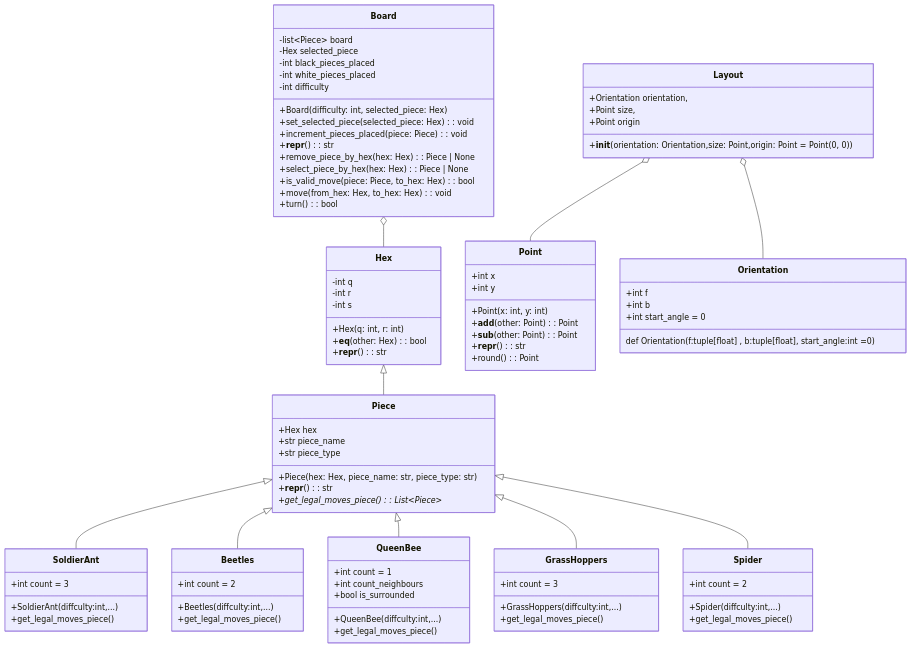
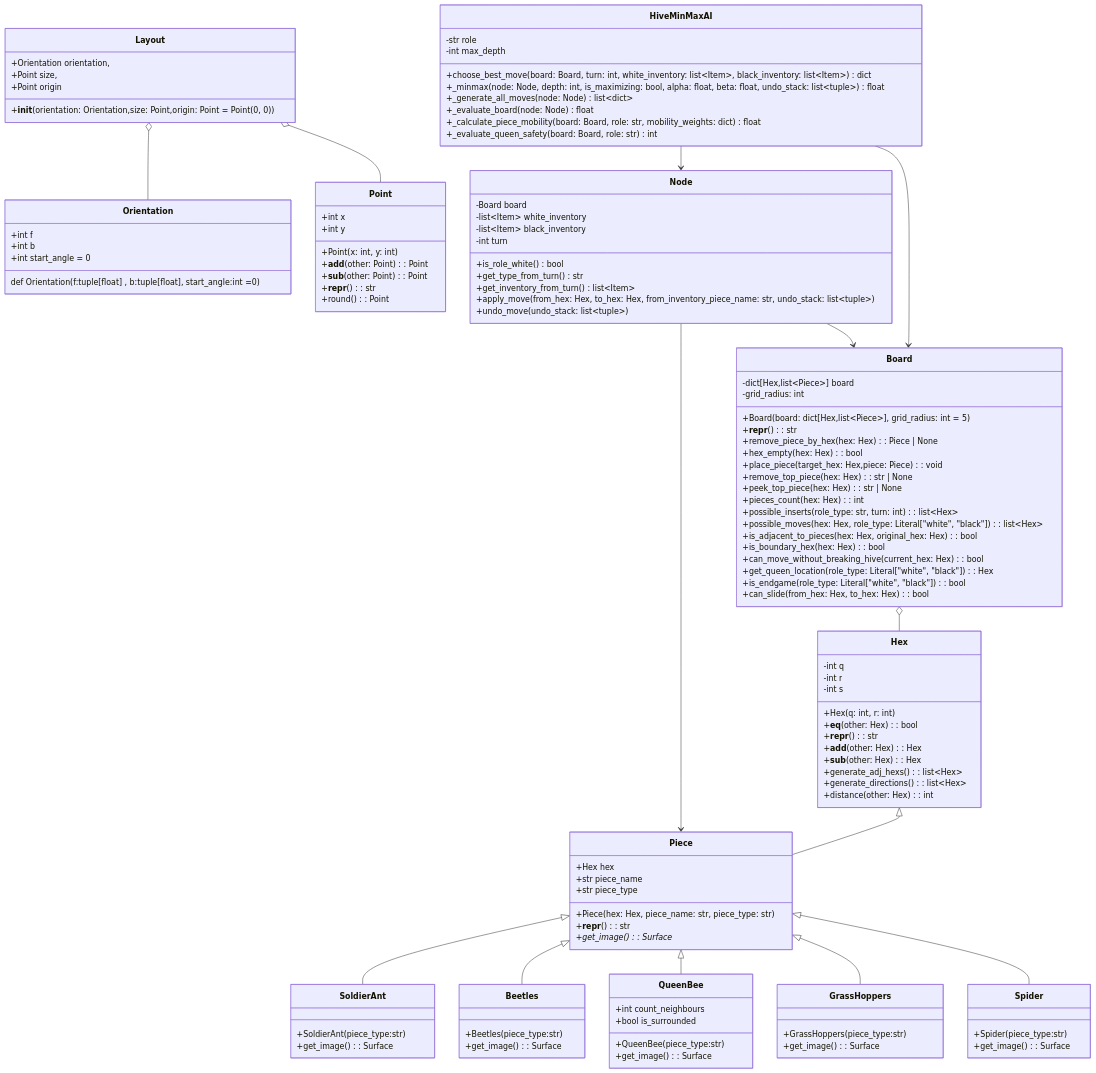
Before and after one commit to youssefashmawy/HIVE-AI-Player: the diagram in Classes.md, drawn with Mermaid.

Commit message:
Updated Class diagram

````diff
--- a/Classes.md
+++ b/Classes.md
@@ -3,21 +3,25 @@
 ```mermaid
 classDiagram
     class Board {
-        -list~Piece~ board
-        -Hex selected_piece
-        -int black_pieces_placed
-        -int white_pieces_placed
-        -int difficulty
+        -dict[Hex,list~Piece~] board
+        -grid_radius: int
 
-        +Board(difficulty: int, selected_piece: Hex)
-        +set_selected_piece(selected_piece: Hex): void
-        +increment_pieces_placed(piece: Piece): void
+        +Board(board: dict[Hex,list~Piece~], grid_radius: int = 5)
         +__repr__(): str
         +remove_piece_by_hex(hex: Hex): Piece | None
-        +select_piece_by_hex(hex: Hex): Piece | None
-        +is_valid_move(piece: Piece, to_hex: Hex): bool
-        +move(from_hex: Hex, to_hex: Hex): void
-        +turn(): bool
+        +hex_empty(hex: Hex): bool
+        +place_piece(target_hex: Hex,piece: Piece): void
+        +remove_top_piece(hex: Hex): str | None
+        +peek_top_piece(hex: Hex): str | None
+        +pieces_count(hex: Hex): int
+        +possible_inserts(role_type: str, turn: int): list~Hex~
+        +possible_moves(hex: Hex, role_type: Literal["white", "black"]): list~Hex~
+        +is_adjacent_to_pieces(hex: Hex, original_hex: Hex): bool
+        +is_boundary_hex(hex: Hex): bool
+        +can_move_without_breaking_hive(current_hex: Hex): bool
+        +get_queen_location(role_type: Literal["white", "black"]): Hex
+        +is_endgame(role_type: Literal["white", "black"]): bool
+        +can_slide(from_hex: Hex, to_hex: Hex): bool
     }
 
 
@@ -25,7 +29,7 @@
         +int f
         +int b
         +int start_angle = 0
-        def Orientation(f:tuple[float] , b:tuple[float], start_angle:int =0) 
+        def Orientation(f:tuple[float] , b:tuple[float], start_angle:int =0)
     }
 
     class Piece {
@@ -34,9 +38,9 @@
         +str piece_type
         +Piece(hex: Hex, piece_name: str, piece_type: str)
         +__repr__(): str
-        +get_legal_moves_piece()*: List~Piece~
+        +get_image()*: Surface
     }
-    
+
 
     class Hex {
         -int q
@@ -46,6 +50,11 @@
         +Hex(q: int, r: int)
         +__eq__(other: Hex): bool
         +__repr__(): str
+        +__add__(other: Hex): Hex
+        +__sub__(other: Hex): Hex
+        +generate_adj_hexs(): list~Hex~
+        +generate_directions(): list~Hex~
+        +distance(other: Hex): int
     }
 
 
@@ -68,32 +77,60 @@
     }
 
     class SoldierAnt{
-        +int count = 3
-        +SoldierAnt(diffculty:int,...)
-        +get_legal_moves_piece()
-    }    
+
+        +SoldierAnt(piece_type:str)
+        +get_image(): Surface
+    }
     class Beetles{
-        +int count = 2
-        +Beetles(diffculty:int,...)
-        +get_legal_moves_piece()
+
+        +Beetles(piece_type:str)
+        +get_image(): Surface
     }
     class QueenBee{
-        +int count = 1
+
         +int count_neighbours
         +bool is_surrounded
-        +QueenBee(diffculty:int,...)
-        +get_legal_moves_piece()
+        +QueenBee(piece_type:str)
+        +get_image(): Surface
     }
     class GrassHoppers{
-        +int count = 3
-        +GrassHoppers(diffculty:int,...)
-        +get_legal_moves_piece()
+
+        +GrassHoppers(piece_type:str)
+        +get_image(): Surface
     }
     class Spider{
-        +int count = 2
-        +Spider(diffculty:int,...)
-        +get_legal_moves_piece()
+
+        +Spider(piece_type:str)
+        +get_image(): Surface
     }
+    class Node {
+        -Board board
+        -list~Item~ white_inventory
+        -list~Item~ black_inventory
+        -int turn
+        +is_role_white() bool
+        +get_type_from_turn() str
+        +get_inventory_from_turn() list~Item~
+        +apply_move(from_hex: Hex, to_hex: Hex, from_inventory_piece_name: str, undo_stack: list~tuple~)
+        +undo_move(undo_stack: list~tuple~)
+    }
+
+    class HiveMinMaxAI {
+        -str role
+        -int max_depth
+        +choose_best_move(board: Board, turn: int, white_inventory: list~Item~, black_inventory: list~Item~) dict
+        +_minmax(node: Node, depth: int, is_maximizing: bool, alpha: float, beta: float, undo_stack: list~tuple~) float
+        +_generate_all_moves(node: Node) list~dict~
+        +_evaluate_board(node: Node) float
+        +_calculate_piece_mobility(board: Board, role: str, mobility_weights: dict) float
+        +_evaluate_queen_safety(board: Board, role: str) int
+    }
+
+
+    Node --> Board
+    Node --> Piece
+    HiveMinMaxAI --> Node
+    HiveMinMaxAI --> Board
 
     Hex <|-- Piece
 
````
